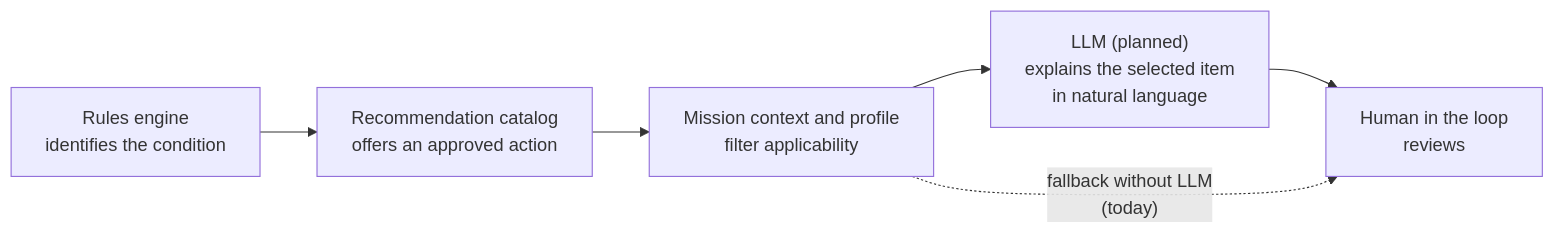
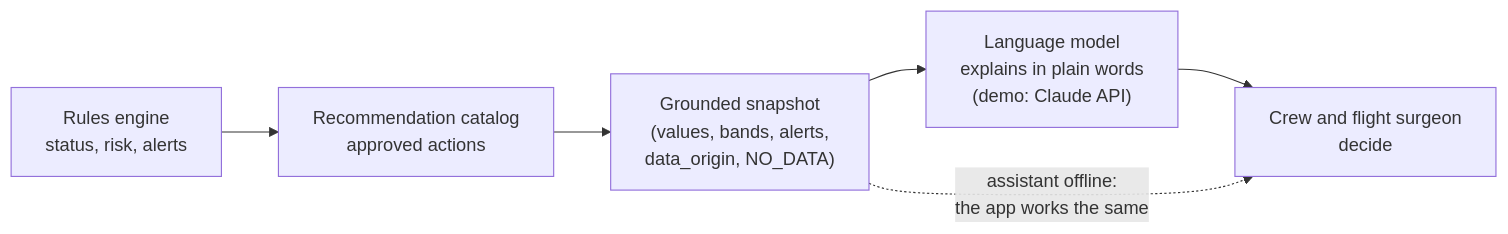
The diagram in docs-site/intelligence/ai-and-analytics.md (Gabrieldiv/astronaut-health-intelligence-platform), drawn with Mermaid before and after one commit. The commit also changed other lines of this file and 39 other files, not shown here.

````diff
--- a/docs-site/intelligence/ai-and-analytics.md
+++ b/docs-site/intelligence/ai-and-analytics.md
@@ -63,8 +63,8 @@
 ```mermaid
 flowchart LR
-    R["Rules engine<br/>identifies the condition"] --> C["Recommendation catalog<br/>offers an approved action"]
-    C --> X["Mission context and profile<br/>filter applicability"]
-    X --> L["LLM (planned)<br/>explains the selected item<br/>in natural language"]
-    L --> H["Human in the loop<br/>reviews"]
-    X -. "fallback without LLM<br/>(today)" .-> H
+    R["Rules engine<br/>status, risk, alerts"] --> C["Recommendation catalog<br/>approved actions"]
+    C --> S["Grounded snapshot<br/>(values, bands, alerts,<br/>data_origin, NO_DATA)"]
+    S --> L["Language model<br/>explains in plain words<br/>(demo: Claude API)"]
+    L --> H["Crew and flight surgeon<br/>decide"]
+    S -. "assistant offline:<br/>the app works the same" .-> H
 ```
````
